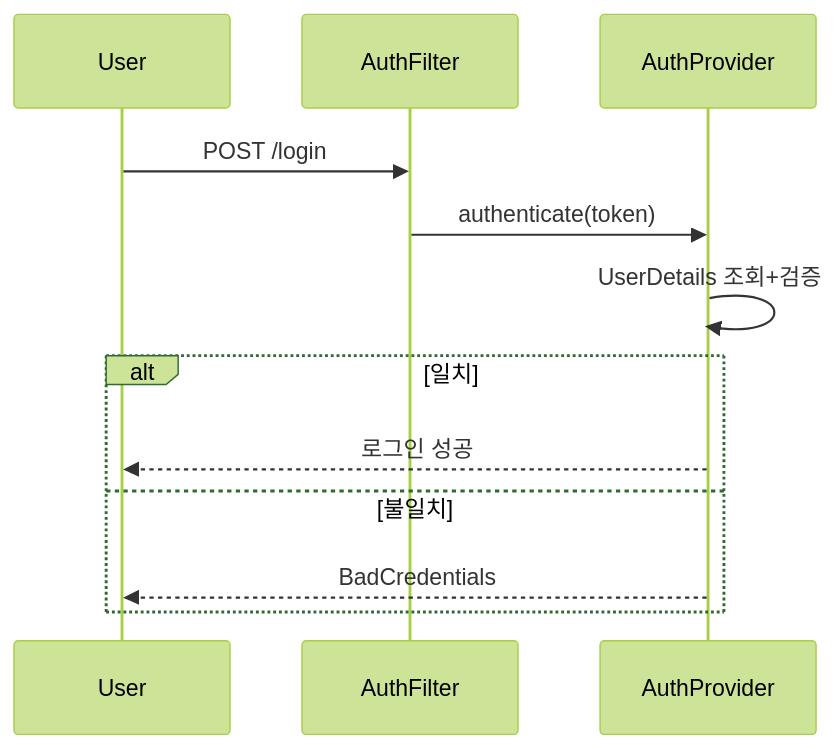
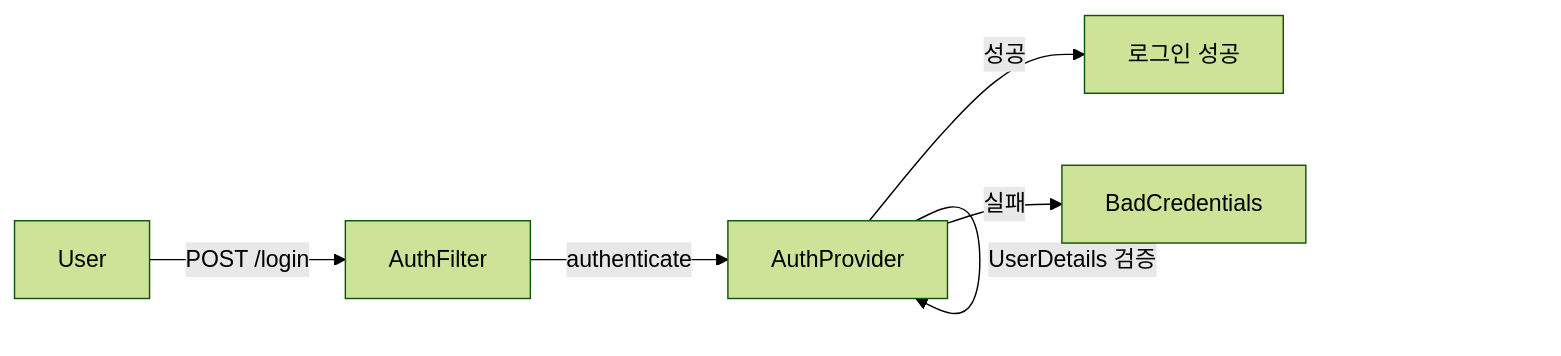
The first of 3 diagrams in _posts/security/2021-05-31-AuthenticationFlow.md (yjkim2015/yjkim2015.github.io), drawn with Mermaid (forest theme) before and after one commit. The commit also changed other lines of this file and 163 other files, not shown here.

First line of the commit message:
Mermaid 300개 블록 내용 축소: 5노드 5엣지 이하, 의미 있는 약어

````diff
--- a/_posts/security/2021-05-31-AuthenticationFlow.md
+++ b/_posts/security/2021-05-31-AuthenticationFlow.md
@@ -27,14 +27,8 @@
 ```mermaid
-sequenceDiagram
-    participant U as User
-    participant F as AuthFilter
-    participant AP as AuthProvider
-    U->>F: POST /login
-    F->>AP: authenticate(token)
-    AP->>AP: UserDetails 조회+검증
-    alt 일치
-        AP-->>U: 로그인 성공
-    else 불일치
-        AP-->>U: BadCredentials
-    end
+graph LR
+    U["User"] -->|POST /login| F["AuthFilter"]
+    F -->|authenticate| AP["AuthProvider"]
+    AP -->|UserDetails 검증| AP
+    AP -->|성공| OK["로그인 성공"]
+    AP -->|실패| ERR["BadCredentials"]
 ```
````
